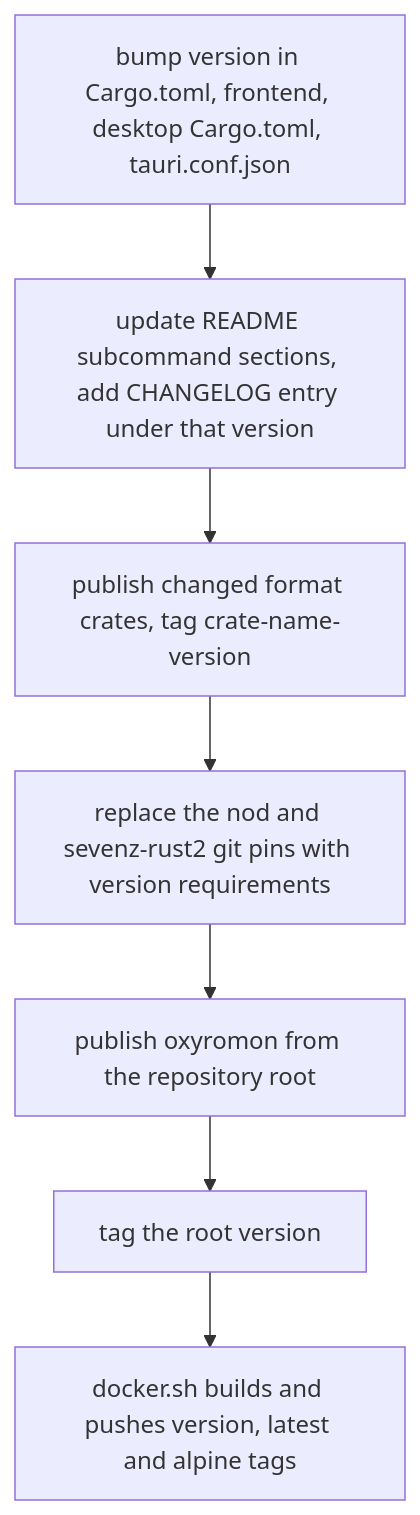
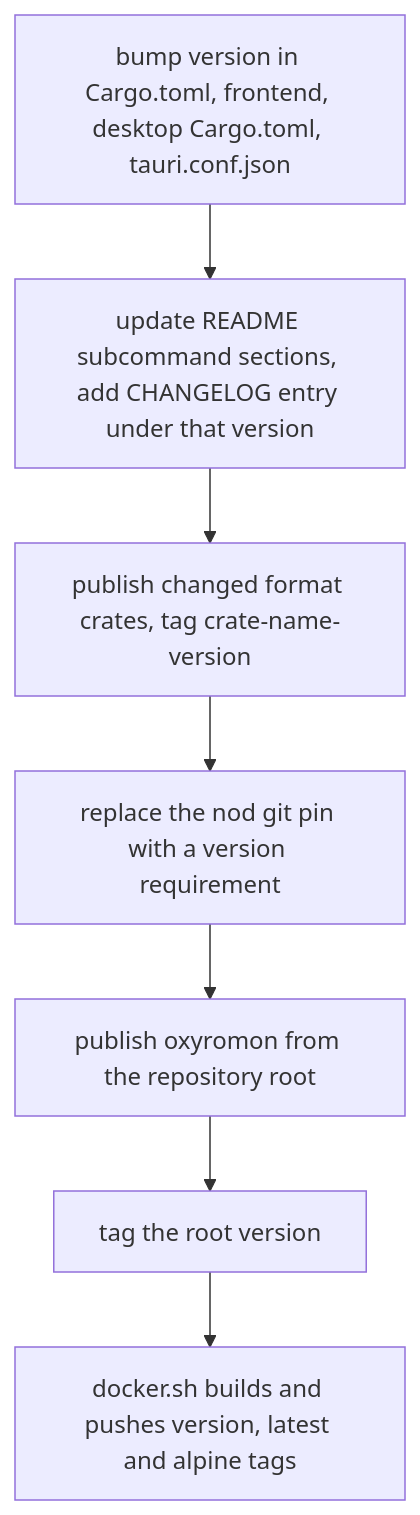
The second of 2 diagrams in openwiki/operations/build-and-release.md (alucryd/oxyromon), drawn with Mermaid before and after one commit. The commit also changed other lines of this file and 69 other files, not shown here.

````diff
--- a/openwiki/operations/build-and-release.md
+++ b/openwiki/operations/build-and-release.md
@@ -249,9 +285,9 @@
 ```mermaid
 flowchart TD
   V["bump version in Cargo.toml, frontend, desktop Cargo.toml, tauri.conf.json"] --> DOC["update README subcommand sections, add CHANGELOG entry under that version"]
   DOC --> FC["publish changed format crates, tag crate-name-version"]
-  FC --> PIN["replace the nod and sevenz-rust2 git pins with version requirements"]
+  FC --> PIN["replace the nod git pin with a version requirement"]
   PIN --> PUB["publish oxyromon from the repository root"]
   PUB --> TAG["tag the root version"]
   TAG --> IMG["docker.sh builds and pushes version, latest and alpine tags"]
 ```
````
